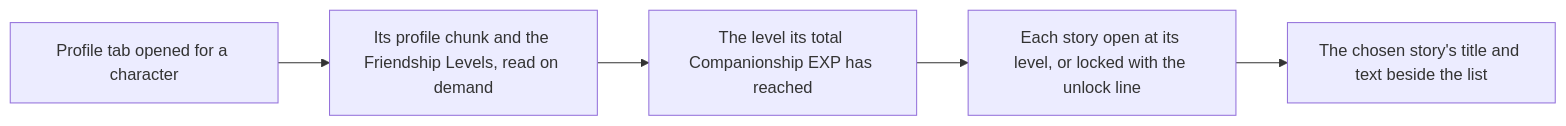
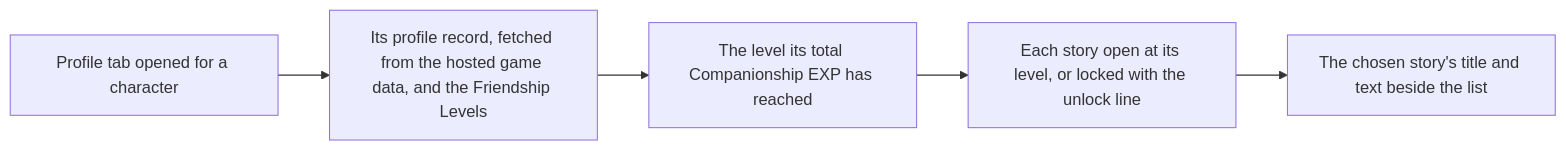
The diagram in apps/web/content/docs/genshin/character-profile.md (Esposter/Esposter), drawn with Mermaid before and after one commit. The commit also changed other lines of this file and 38 other files, not shown here.

First line of the commit message:
feat(genshin): the Profile tab and the book reader read their records from the hosted game data, not the bundle

````diff
--- a/apps/web/content/docs/genshin/character-profile.md
+++ b/apps/web/content/docs/genshin/character-profile.md
@@ -12,7 +12,7 @@
 ```mermaid
 flowchart LR
-  OPEN["Profile tab opened for a character"] --> LOAD["Its profile chunk and the Friendship Levels, read on demand"]
+  OPEN["Profile tab opened for a character"] --> LOAD["Its profile record, fetched from the hosted game data, and the Friendship Levels"]
   LOAD --> LEVEL["The level its total Companionship EXP has reached"]
   LEVEL --> LIST["Each story open at its level, or locked with the unlock line"]
   LIST --> PANEL["The chosen story's title and text beside the list"]
 ```
````
